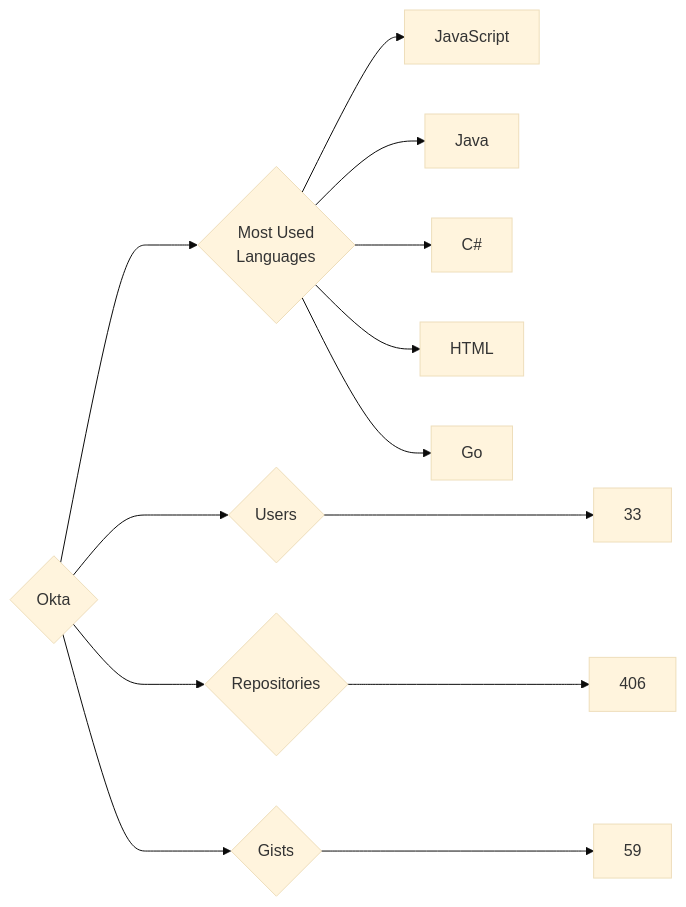
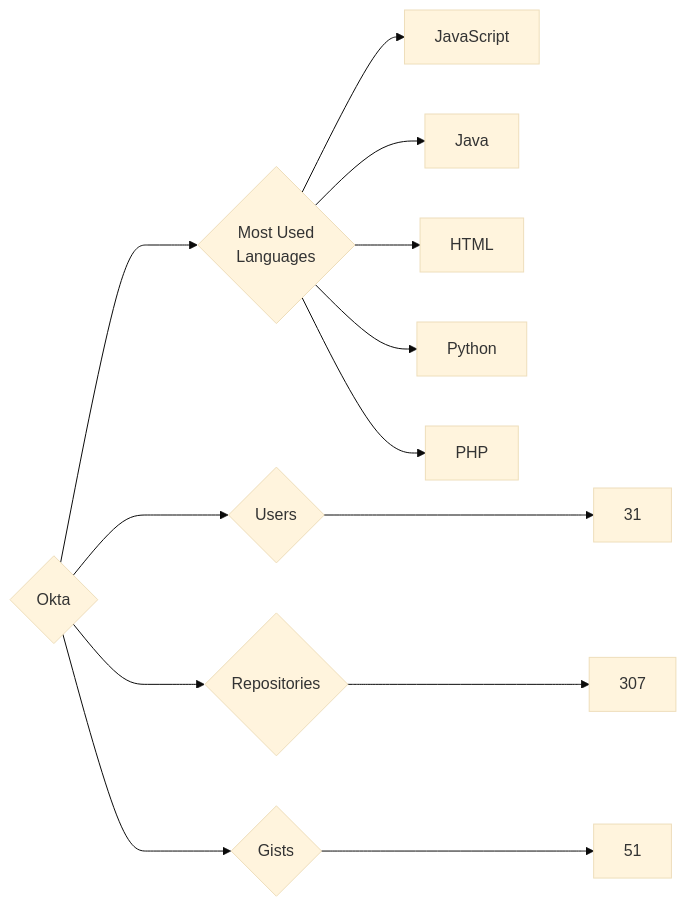
One commit to trickest/insiders changed the diagram in targets/Okta/README.md. Above: the diagram before and after it, drawn with Mermaid (base theme). The commit also changed 582 other files, not shown here.

````diff
--- a/targets/Okta/README.md
+++ b/targets/Okta/README.md
@@ -3,13 +3,13 @@
 ```mermaid
 graph LR
 COMPANY_NAME{Okta}
-COMPANY_NAME ---> U{Users} ---> UN[33]
-COMPANY_NAME ---> R{Repositories} ---> RN[406]
-COMPANY_NAME ---> G{Gists} ---> GN[59]
+COMPANY_NAME ---> U{Users} ---> UN[31]
+COMPANY_NAME ---> R{Repositories} ---> RN[307]
+COMPANY_NAME ---> G{Gists} ---> GN[51]
 COMPANY_NAME ---> ML{Most Used<br>Languages}
 ML --> JavaScript[JavaScript]
 ML --> Java[Java]
-ML --> C#[C#]
 ML --> HTML[HTML]
-ML --> Go[Go]
+ML --> Python[Python]
+ML --> PHP[PHP]
 ```
````
